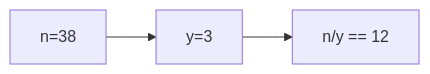
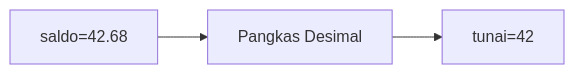
Before and after one commit to amnahwaida/OSNK_INF_PREP: diagram 16 of 25 in part-c-pemahaman-cpp/01-tipe-data/latihan/set-07.md, drawn with Mermaid. The commit also changed other lines of this file and 71 other files, not shown here.

````diff
--- a/part-c-pemahaman-cpp/01-tipe-data/latihan/set-07.md
+++ b/part-c-pemahaman-cpp/01-tipe-data/latihan/set-07.md
@@ -401,5 +449,5 @@
 ```mermaid
 graph LR
-A["n=38"] --> B["y=3"]
-B --> C["n/y == 12"]
+A["saldo=42.68"] --> B["Pangkas Desimal"]
+B --> C["tunai=42"]
 ```
````
